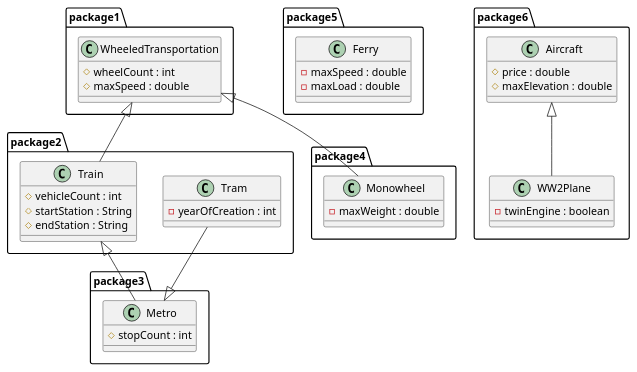
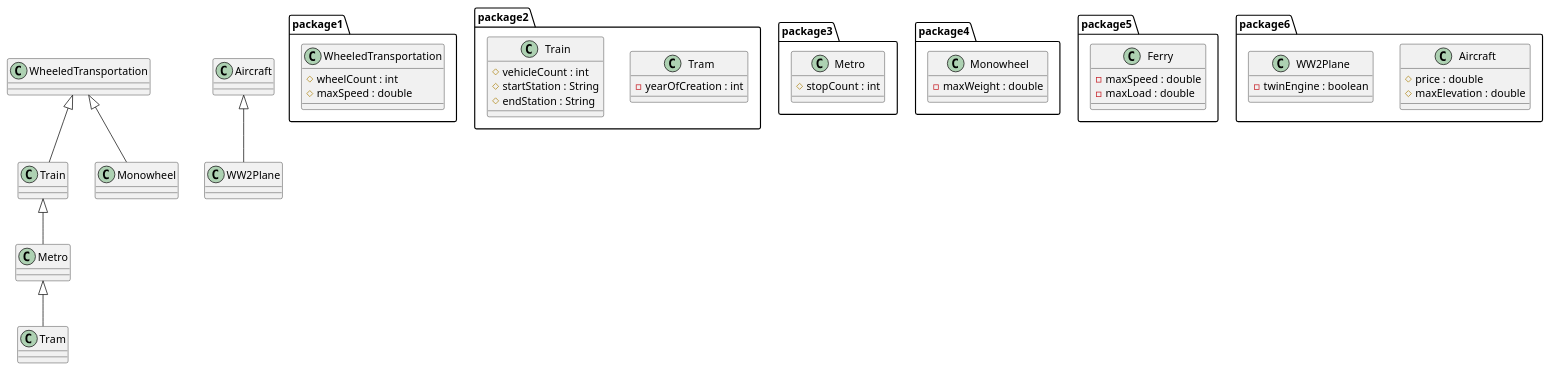
The diagram in Assignment2/src/UML/classDiagram.plantuml (NathanGrenier/COMP249), drawn with PlantUML before and after one commit. The commit also changed 9 other files, not shown here.

```diff
--- a/Assignment2/src/UML/classDiagram.plantuml
+++ b/Assignment2/src/UML/classDiagram.plantuml
@@ -1,64 +1,74 @@
 @startuml Hello world
 scale 1
 
 package package1 {
     class WheeledTransportation {
         #wheelCount : int
         #maxSpeed : double
     }
 }
 
 package package2 {
     class Tram {
         -yearOfCreation : int
     }
     
     class Train {
         #vehicleCount : int
         #startStation : String
         #endStation : String
     }
 }
 
 package package3 {
     class Metro {
         #stopCount : int
     }
 }
 
 package package4 {
     class Monowheel {
         -maxWeight : double
     }
     
 
 }
 
 package package5 {
     class Ferry {
         -maxSpeed : double
         -maxLoad : double
     }
 }
 
 package package6 {
     class Aircraft {
         #price : double
         #maxElevation : double
     }
 
     class WW2Plane {
         -twinEngine : boolean
     }
 }
 
 
+class Train extends WheeledTransportation
+class Metro extends Train
+class Tram extends Metro
+class Monowheel extends WheeledTransportation
+class WW2Plane extends Aircraft
+
+/'
+Arrow implementation of inheritance
+
 WheeledTransportation <|-- Train
 Metro <|-- Tram
 
 Train <|-- Metro
 
 WheeledTransportation <|-- Monowheel
 
 Aircraft <|-- WW2Plane
+'/
 @enduml
```
